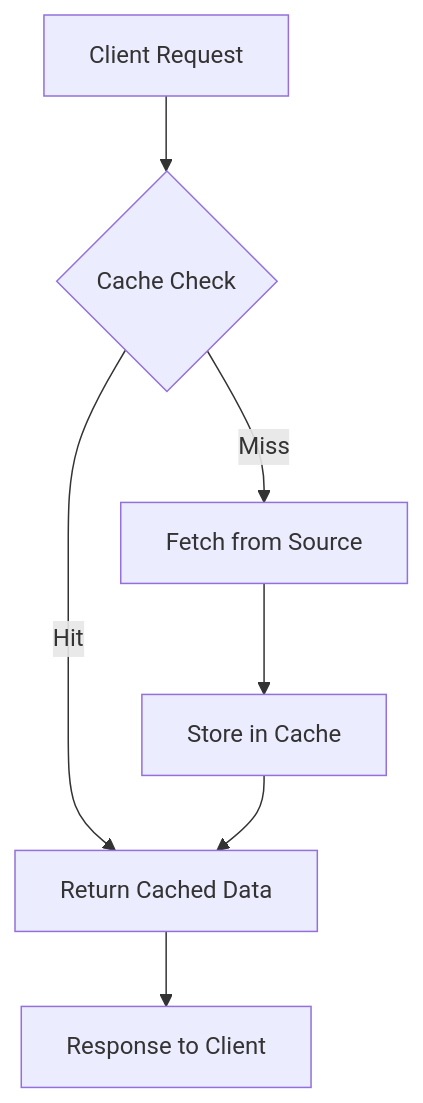
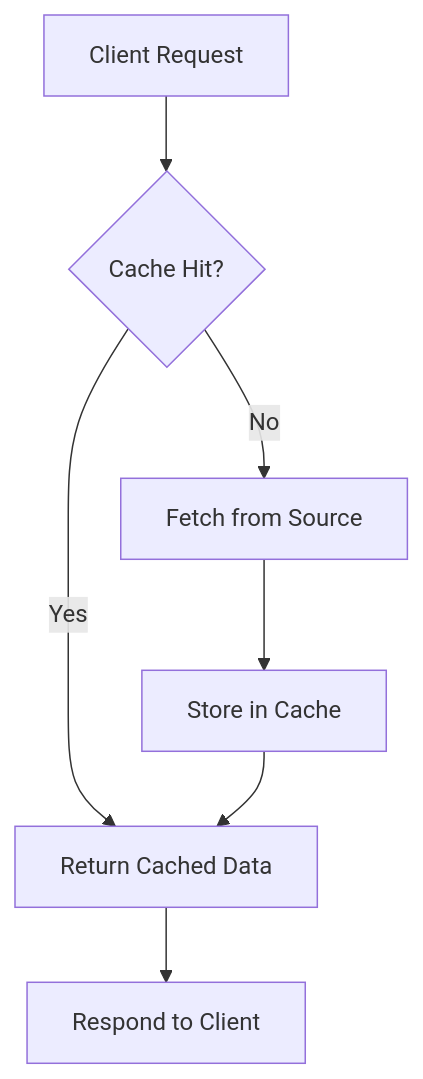
Before and after one commit to VrushankPatel/interview-matters: the diagram in caching/README.md, drawn with Mermaid. The commit also changed other lines of this file and 2 other files, not shown here.

````diff
--- a/caching/README.md
+++ b/caching/README.md
@@ -50,9 +68,9 @@
 ```mermaid
 graph TD
-    A[Client Request] --> B{Cache Check}
-    B -->|Hit| C[Return Cached Data]
-    B -->|Miss| D[Fetch from Source]
+    A[Client Request] --> B{Cache Hit?}
+    B -->|Yes| C[Return Cached Data]
+    B -->|No| D[Fetch from Source]
     D --> E[Store in Cache]
     E --> C
-    C --> F[Response to Client]
+    C --> F[Respond to Client]
 ```
````
